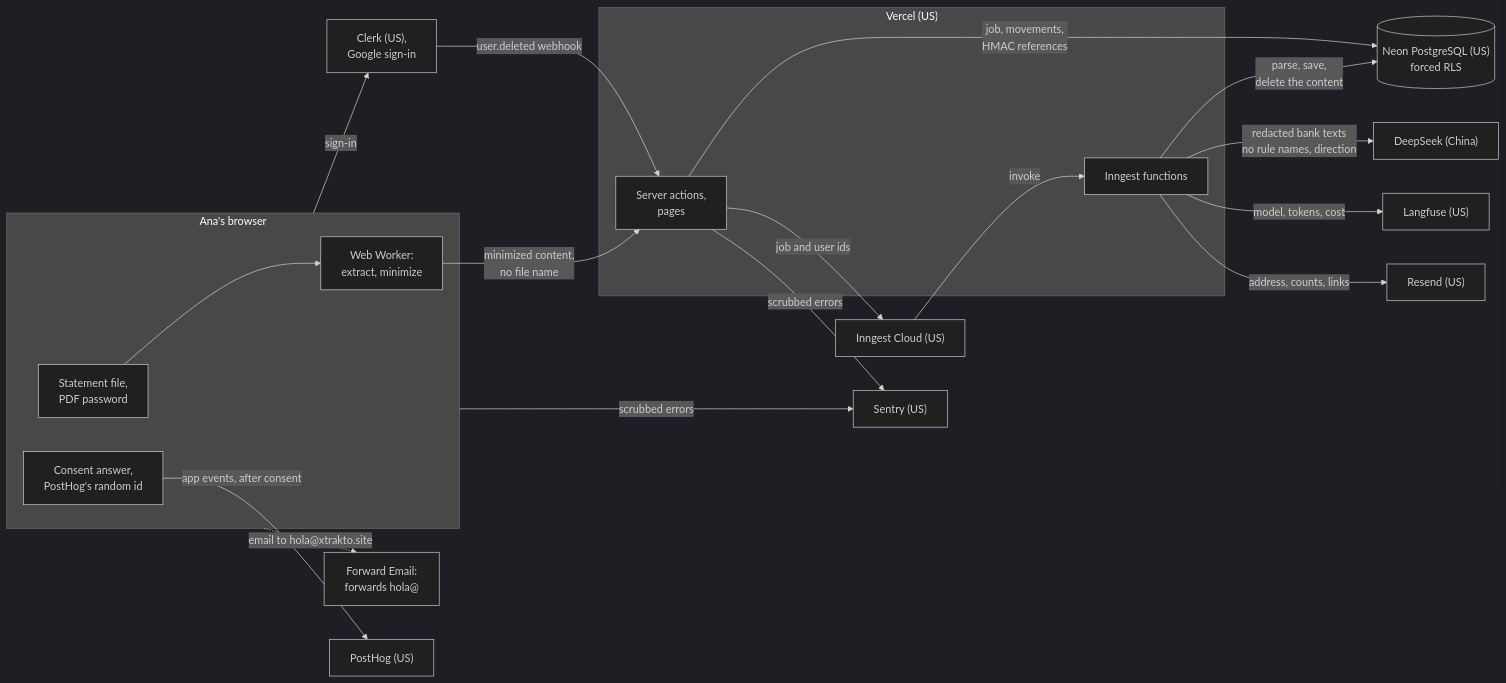
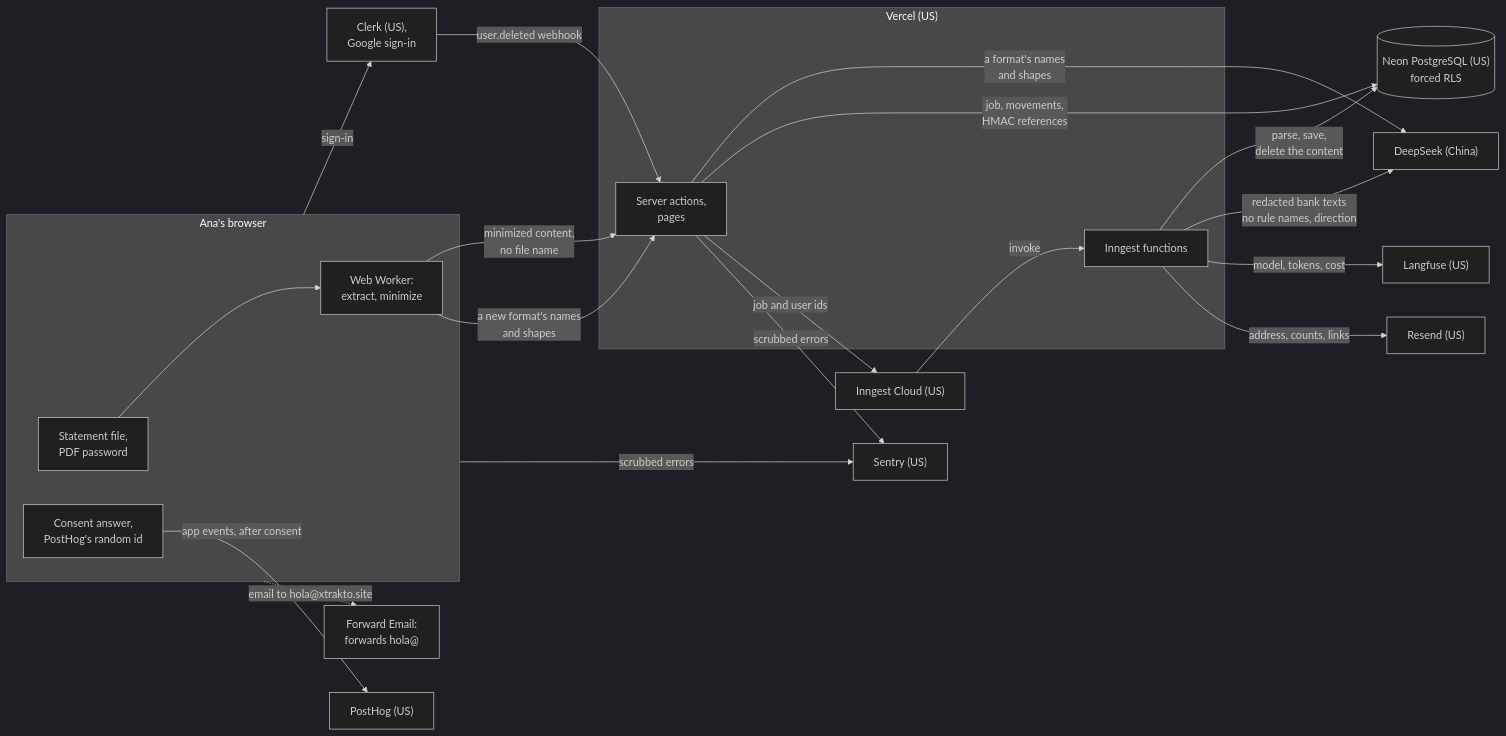
The diagram in docs/data-flow.md (ingcarlostello/xtrakto), drawn with Mermaid (dark theme) before and after one commit. The commit also changed other lines of this file and 3 other files, not shown here.

````diff
--- a/docs/data-flow.md
+++ b/docs/data-flow.md
@@ -7,37 +7,39 @@
 ```mermaid
 flowchart LR
     subgraph Browser["Ana's browser"]
         F["Statement file,<br/>PDF password"]
         W["Web Worker:<br/>extract, minimize"]
         C["Consent answer,<br/>PostHog's random id"]
         F --> W
     end
     subgraph Vercel["Vercel (US)"]
         S["Server actions,<br/>pages"]
         J["Inngest functions"]
     end
     DB[("Neon PostgreSQL (US)<br/>forced RLS")]
     I["Inngest Cloud (US)"]
     K["Clerk (US),<br/>Google sign-in"]
     SE["Sentry (US)"]
     PH["PostHog (US)"]
     DS["DeepSeek (China)"]
     LF["Langfuse (US)"]
     RS["Resend (US)"]
     H["Forward Email:<br/>forwards hola@"]
 
     W -- "minimized content,<br/>no file name" --> S
+    W -- "a new format's names<br/>and shapes" --> S
+    S -- "a format's names<br/>and shapes" --> DS
     S -- "job, movements,<br/>HMAC references" --> DB
     S -- "job and user ids" --> I
     I -- "invoke" --> J
     J -- "parse, save,<br/>delete the content" --> DB
     J -- "redacted bank texts<br/>no rule names, direction" --> DS
     J -- "model, tokens, cost" --> LF
     J -- "address, counts, links" --> RS
     Browser -- "sign-in" --> K
     K -- "user.deleted webhook" --> S
     Browser -- "scrubbed errors" --> SE
     S -- "scrubbed errors" --> SE
     C -- "app events, after consent" --> PH
     Browser -. "email to hola@xtrakto.site" .-> H
 ```
````
